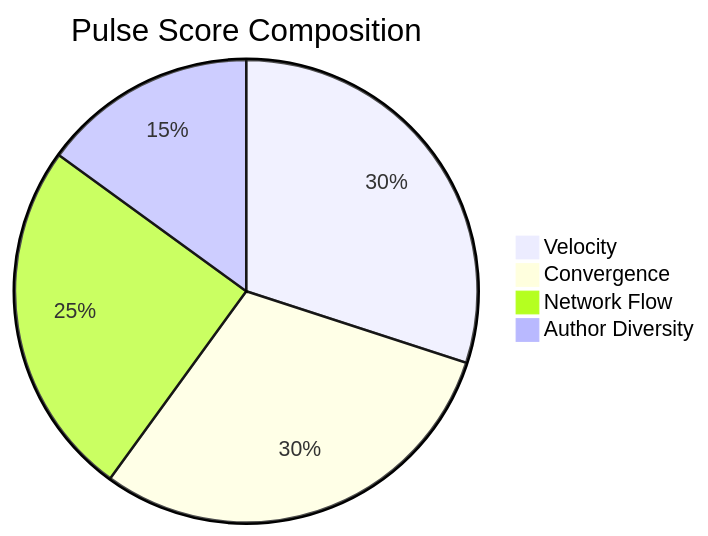
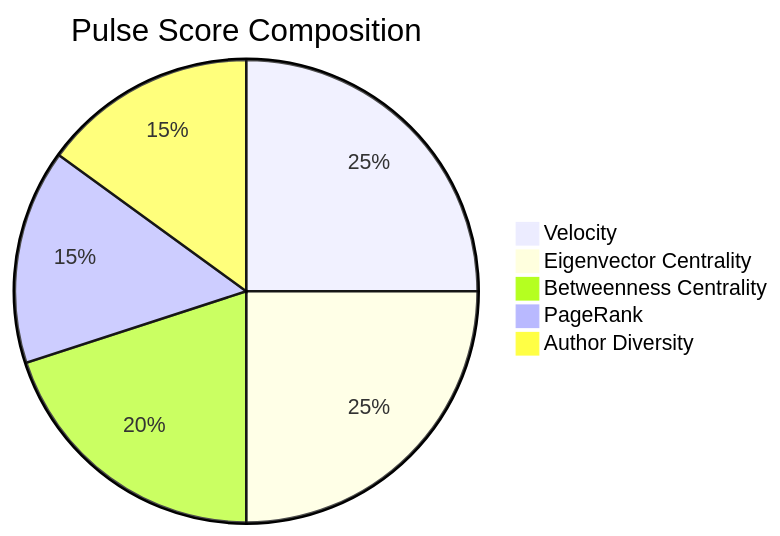
Before and after one commit to athola/community-pulse: the third of 7 diagrams in docs/slicksheet.md, drawn with Mermaid. The commit also changed other lines of this file and 41 other files, not shown here.

````diff
--- a/docs/slicksheet.md
+++ b/docs/slicksheet.md
@@ -90,7 +90,8 @@
 ```mermaid
 pie title Pulse Score Composition
-    "Velocity" : 30
-    "Convergence" : 30
-    "Network Flow" : 25
+    "Velocity" : 25
+    "Eigenvector Centrality" : 25
+    "Betweenness Centrality" : 20
+    "PageRank" : 15
     "Author Diversity" : 15
 ```
````
